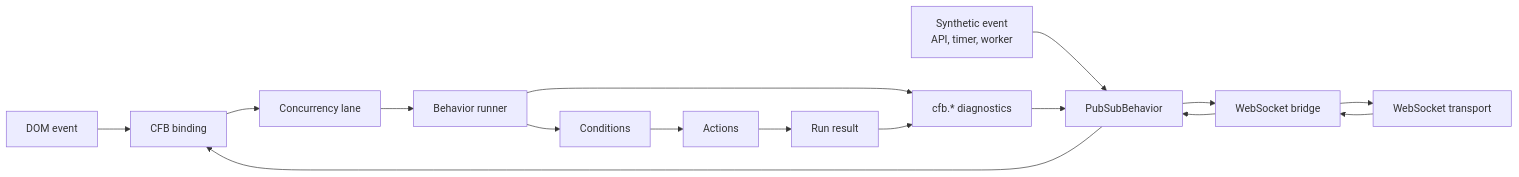
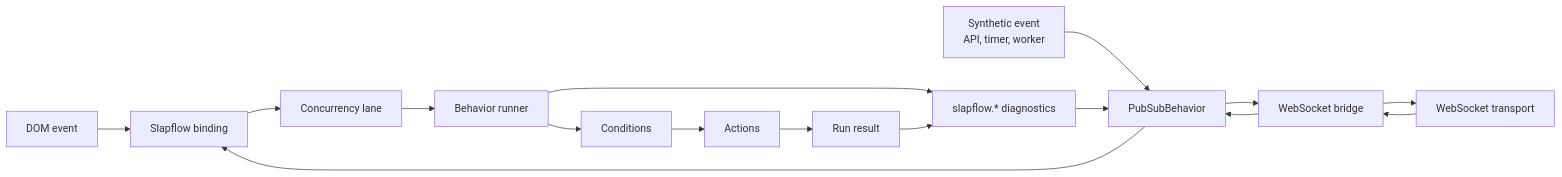
Before and after one commit to khalilov/slapflow: the diagram in RUNTIME-FLOW.mmd, drawn with Mermaid. The commit also changed 101 other files, not shown here.

```diff
--- a/RUNTIME-FLOW.mmd
+++ b/RUNTIME-FLOW.mmd
@@ -1,18 +1,18 @@
 flowchart LR
-  DOM["DOM event"] --> CFB["CFB binding"]
+  DOM["DOM event"] --> Slapflow["Slapflow binding"]
   SYNTHETIC["Synthetic event<br/>API, timer, worker"] --> BUS["PubSubBehavior"]
   TRANSPORT["WebSocket transport"] --> WS["WebSocket bridge"]
   WS --> BUS
   BUS --> WS
   WS --> TRANSPORT
-  BUS --> CFB
+  BUS --> Slapflow
 
-  CFB --> CONCURRENCY["Concurrency lane"]
+  Slapflow --> CONCURRENCY["Concurrency lane"]
   CONCURRENCY --> RUNNER["Behavior runner"]
   RUNNER --> CONDITIONS["Conditions"]
   CONDITIONS --> ACTIONS["Actions"]
   ACTIONS --> RESULT["Run result"]
 
-  RUNNER --> DIAGNOSTICS["cfb.* diagnostics"]
+  RUNNER --> DIAGNOSTICS["slapflow.* diagnostics"]
   DIAGNOSTICS --> BUS
   RESULT --> DIAGNOSTICS
```
